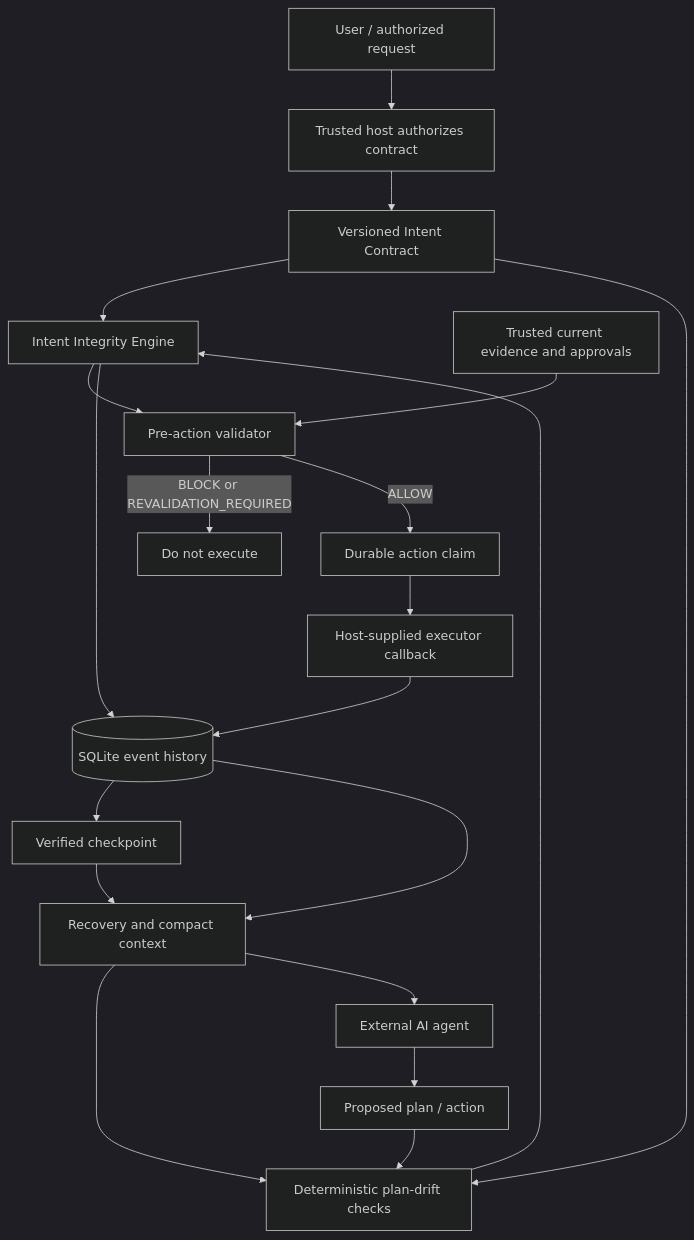
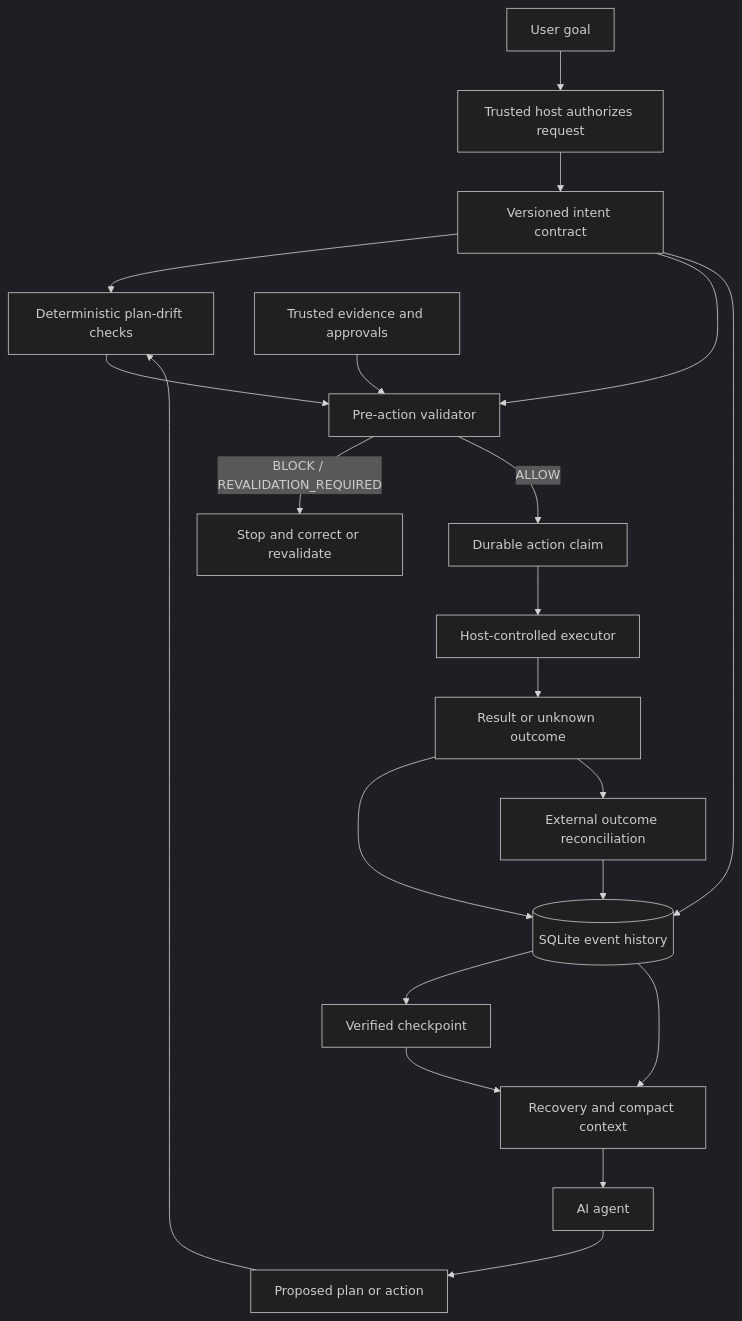
The diagram in README.md (rumman52/Long-Running), drawn with Mermaid (dark theme) before and after one commit. The commit also changed other lines of this file, not shown here.

````diff
--- a/README.md
+++ b/README.md
@@ -36,22 +54,23 @@
-```mermaid
+~~~mermaid
 flowchart TD
-    USER[User / authorized request] --> HOST[Trusted host authorizes contract]
-    HOST --> CONTRACT[Versioned Intent Contract]
-    CONTRACT --> ENGINE[Intent Integrity Engine]
-    AGENT[External AI agent] --> PLAN[Proposed plan / action]
-    PLAN --> DRIFT[Deterministic plan-drift checks]
-    CONTRACT --> DRIFT
-    DRIFT --> ENGINE
-    ENGINE --> VALIDATOR[Pre-action validator]
-    TRUSTED[Trusted current evidence and approvals] --> VALIDATOR
-    VALIDATOR -->|BLOCK or REVALIDATION_REQUIRED| STOP[Do not execute]
-    VALIDATOR -->|ALLOW| CLAIM[Durable action claim]
-    CLAIM --> EXEC[Host-supplied executor callback]
-    EXEC --> EVENTS[(SQLite event history)]
-    ENGINE --> EVENTS
-    EVENTS --> CHECKPOINT[Verified checkpoint]
-    CHECKPOINT --> RECOVERY[Recovery and compact context]
-    EVENTS --> RECOVERY
-    RECOVERY --> DRIFT
-    RECOVERY --> AGENT
-```
+    U[User goal] --> H[Trusted host authorizes request]
+    H --> C[Versioned intent contract]
+    A[AI agent] --> P[Proposed plan or action]
+    C --> D[Deterministic plan-drift checks]
+    P --> D
+    D --> V[Pre-action validator]
+    C --> V
+    E[Trusted evidence and approvals] --> V
+    V -->|BLOCK / REVALIDATION_REQUIRED| S[Stop and correct or revalidate]
+    V -->|ALLOW| K[Durable action claim]
+    K --> X[Host-controlled executor]
+    X --> O[Result or unknown outcome]
+    O --> L[(SQLite event history)]
+    C --> L
+    L --> CP[Verified checkpoint]
+    CP --> R[Recovery and compact context]
+    L --> R
+    R --> A
+    O --> RC[External outcome reconciliation]
+    RC --> L
+~~~
````
